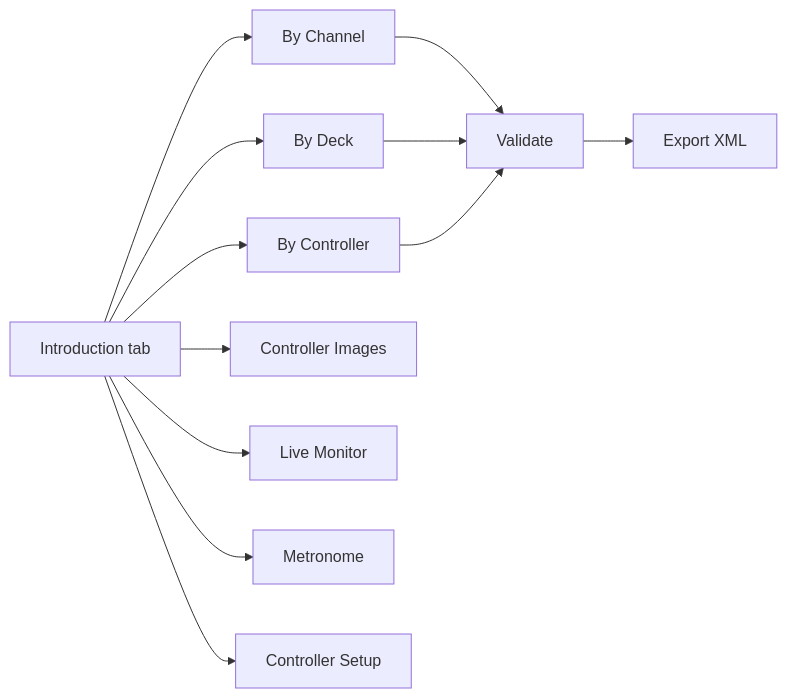
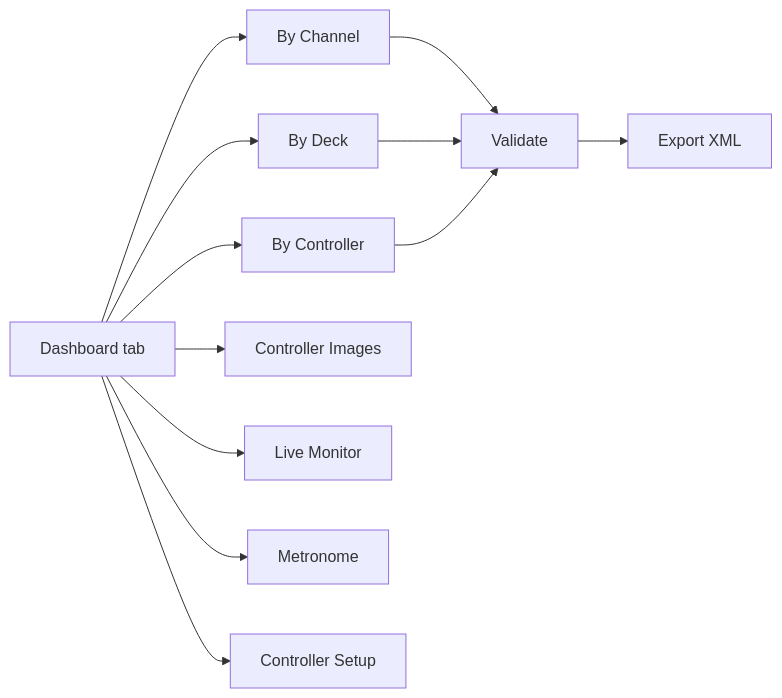
The diagram in README.md (guillain/DJ-MIDI-Studio), drawn with Mermaid before and after one commit. The commit also changed other lines of this file and 9 other files, not shown here.

Commit message:
feat: rename introduction tab to dashboard

````diff
--- a/README.md
+++ b/README.md
@@ -40,14 +40,14 @@
 ```mermaid
 flowchart LR
-	Intro[Introduction tab] --> Channel[By Channel]
+    Intro[Dashboard tab] --> Channel[By Channel]
 	Intro --> Deck[By Deck]
 	Intro --> Controller[By Controller]
 	Intro --> Images[Controller Images]
 	Intro --> Monitor[Live Monitor]
 	Intro --> Metro[Metronome]
 	Intro --> Setup[Controller Setup]
 	Channel --> Validate[Validate]
 	Deck --> Validate
 	Controller --> Validate
 	Validate --> Export[Export XML]
 ```
````
